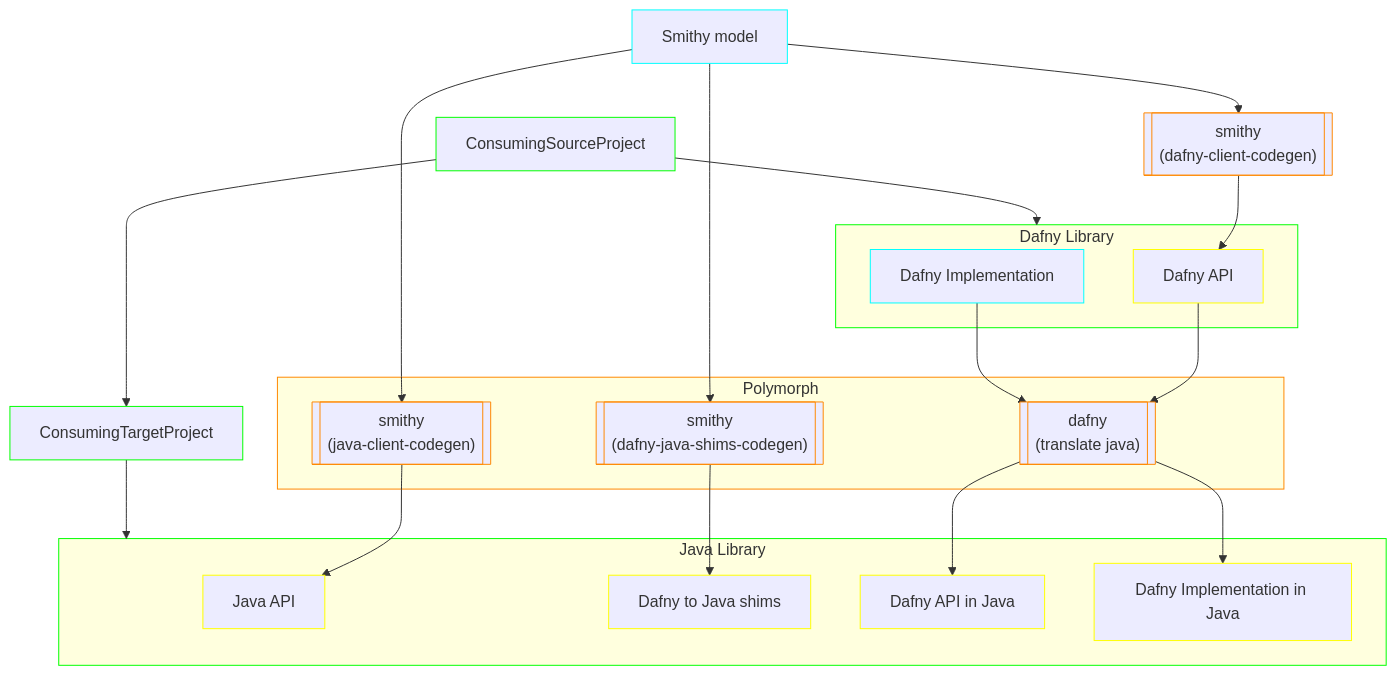
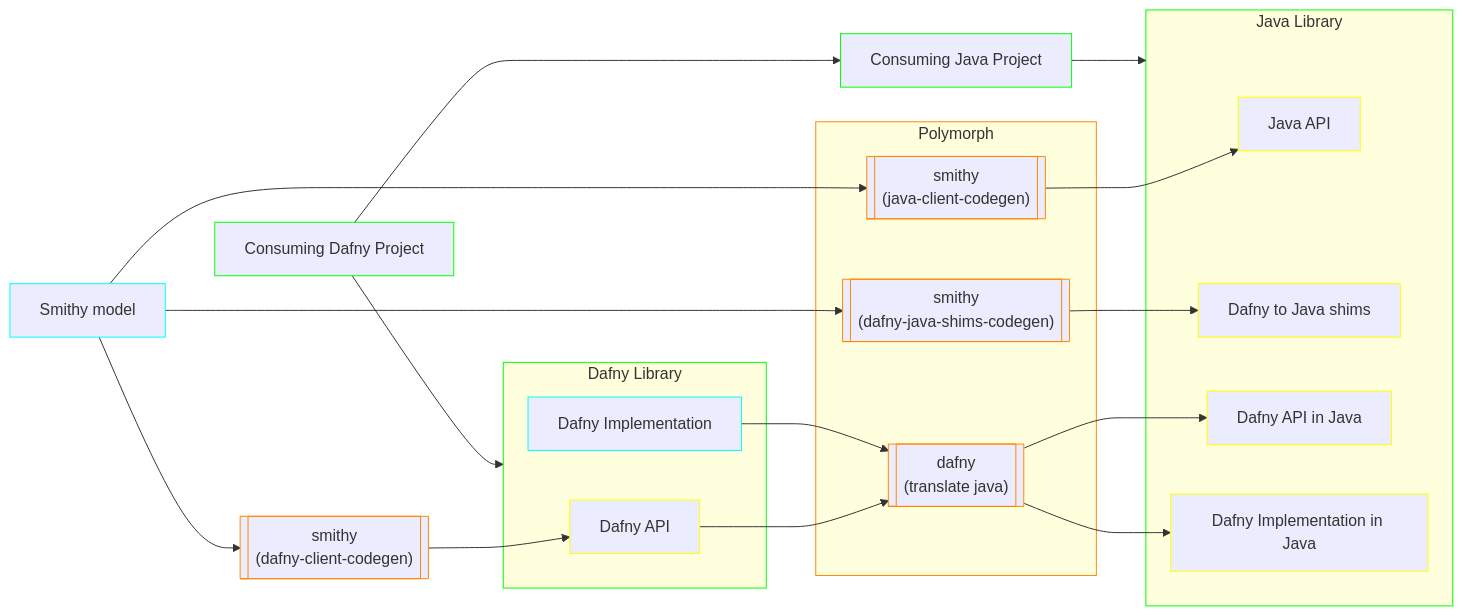
One commit to awslabs/smithy-dafny changed the diagram in designs/polymorphing-java-to-dafny.md. Above: the diagram before and after it, drawn with Mermaid. The commit also changed 2 other files, not shown here.

Commit message:
Trying out blocks-beta

````diff
--- a/designs/polymorphing-java-to-dafny.md
+++ b/designs/polymorphing-java-to-dafny.md
@@ -1,50 +1,50 @@
 ```mermaid
-flowchart TD
+flowchart LR
     classDef Process stroke:#f80
     classDef Library stroke:#0f0
     classDef Authored stroke:#0ff
     classDef Generated stroke:#ff0
 
     Smithy["Smithy model"]:::Authored
 
-    ConsumingSourceProject:::Library --> ConsumingTargetProject:::Library 
+    ConsumingSourceProject[Consuming Dafny Project]:::Library --> ConsumingTargetProject[Consuming Java Project]:::Library 
 
     ConsumingSourceProject:::Library --> SourceProject
 
 
     subgraph SourceProject["Dafny Library"]
         SourceAPI["Dafny API"]:::Generated
         SourceImpl["Dafny Implementation"]:::Authored
     end
     SourceProject:::Library
 
     subgraph Polymorph
         SmithyTargetClient[["smithy
         (java-client-codegen)"]]:::Process
         SmithyShims[["smithy
         (dafny-java-shims-codegen)"]]:::Process
 
         Compiler[["dafny
         (translate java)"]]:::Process
     end
     Polymorph:::Process
 
     SmithySourceClient[["smithy
     (dafny-client-codegen)"]]:::Process
 
     ConsumingTargetProject:::Library --> TargetProject
 
     subgraph TargetProject["Java Library"]
         TargetAPI["Java API"]:::Generated
         SourceToTargetShims["Dafny to Java shims"]:::Generated
         SourceAPIInTarget["Dafny API in Java"]:::Generated
         SourceImplInTarget["Dafny Implementation in Java"]:::Generated
     end
     TargetProject:::Library
 
     Smithy --> SmithyTargetClient --> TargetAPI
     Smithy --> SmithySourceClient --> SourceAPI
     Smithy --> SmithyShims --> SourceToTargetShims
     SourceAPI & SourceImpl --> Compiler --> SourceAPIInTarget & SourceImplInTarget
 
 ```
````
